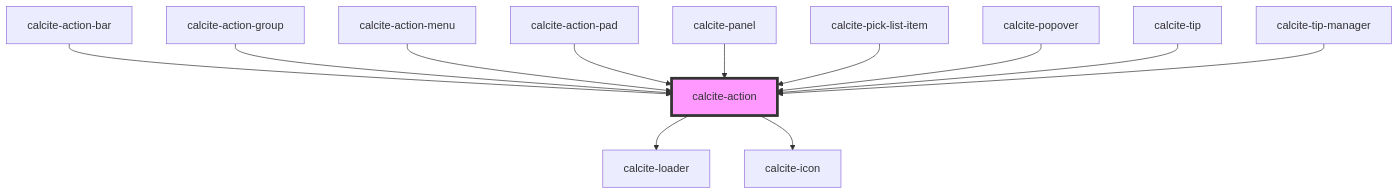
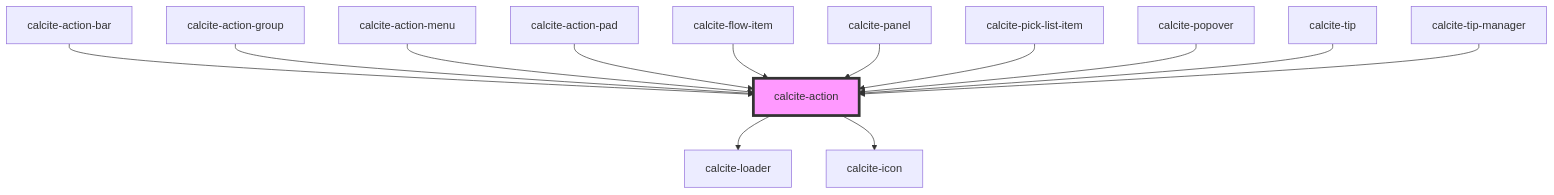
Before and after one commit to vikivakarvc/calcite-design-system: the diagram in src/components/action/readme.md, drawn with Mermaid. The commit also changed other lines of this file and 3 other files, not shown here.

````diff
--- a/src/components/action/readme.md
+++ b/src/components/action/readme.md
@@ -100,15 +101,16 @@
 ```mermaid
 graph TD;
   calcite-action --> calcite-loader
   calcite-action --> calcite-icon
   calcite-action-bar --> calcite-action
   calcite-action-group --> calcite-action
   calcite-action-menu --> calcite-action
   calcite-action-pad --> calcite-action
+  calcite-flow-item --> calcite-action
   calcite-panel --> calcite-action
   calcite-pick-list-item --> calcite-action
   calcite-popover --> calcite-action
   calcite-tip --> calcite-action
   calcite-tip-manager --> calcite-action
   style calcite-action fill:#f9f,stroke:#333,stroke-width:4px
 ```
````
